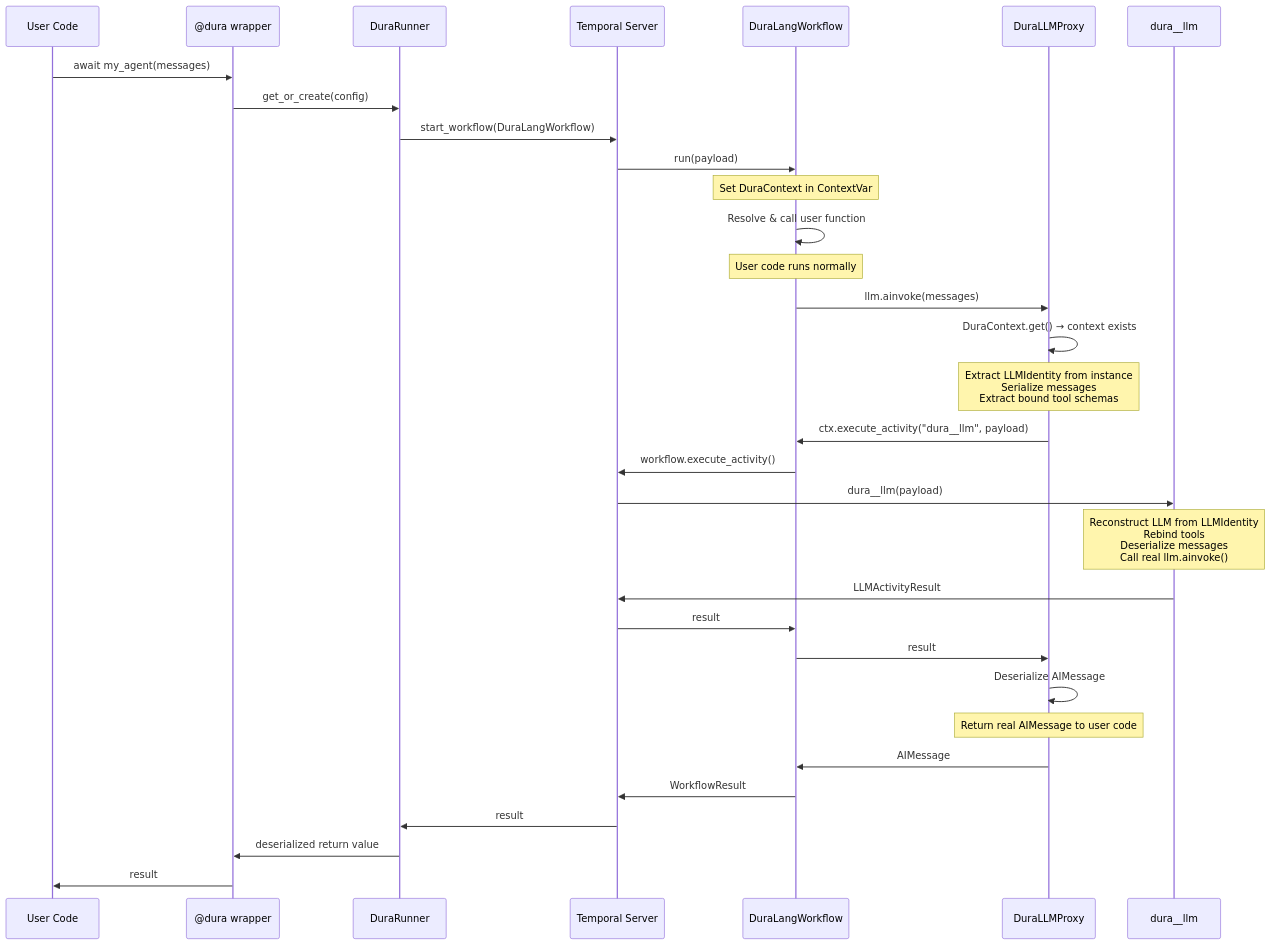
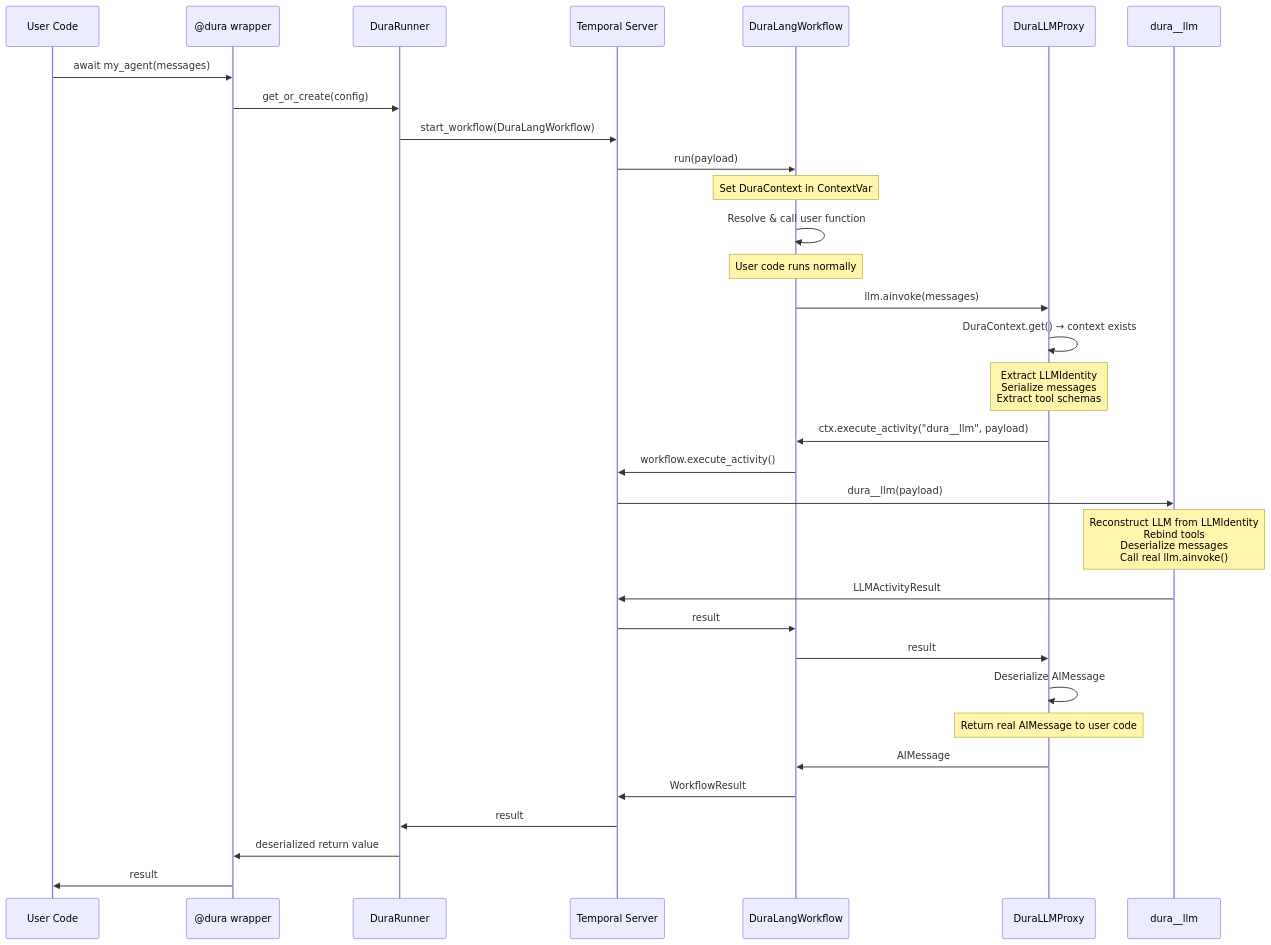
Before and after one commit to deepansh-saxena/DuraLang: the second of 8 diagrams in docs/architecture.md, drawn with Mermaid. The commit also changed other lines of this file and 14 other files, not shown here.

````diff
--- a/docs/architecture.md
+++ b/docs/architecture.md
@@ -68,45 +72,45 @@
 ```mermaid
 sequenceDiagram
     participant User as User Code
     participant Decorator as @dura wrapper
     participant Runner as DuraRunner
     participant Temporal as Temporal Server
     participant Workflow as DuraLangWorkflow
     participant Proxy as DuraLLMProxy
     participant Activity as dura__llm
 
     User->>Decorator: await my_agent(messages)
     Decorator->>Runner: get_or_create(config)
     Runner->>Temporal: start_workflow(DuraLangWorkflow)
     Temporal->>Workflow: run(payload)
 
     Note over Workflow: Set DuraContext in ContextVar
 
     Workflow->>Workflow: Resolve & call user function
 
     Note over Workflow: User code runs normally
 
     Workflow->>Proxy: llm.ainvoke(messages)
     Proxy->>Proxy: DuraContext.get() → context exists
 
-    Note over Proxy: Extract LLMIdentity from instance<br/>Serialize messages<br/>Extract bound tool schemas
+    Note over Proxy: Extract LLMIdentity<br/>Serialize messages<br/>Extract tool schemas
 
     Proxy->>Workflow: ctx.execute_activity("dura__llm", payload)
     Workflow->>Temporal: workflow.execute_activity()
     Temporal->>Activity: dura__llm(payload)
 
     Note over Activity: Reconstruct LLM from LLMIdentity<br/>Rebind tools<br/>Deserialize messages<br/>Call real llm.ainvoke()
 
     Activity->>Temporal: LLMActivityResult
     Temporal->>Workflow: result
     Workflow->>Proxy: result
     Proxy->>Proxy: Deserialize AIMessage
 
     Note over Proxy: Return real AIMessage to user code
 
     Proxy->>Workflow: AIMessage
     Workflow->>Temporal: WorkflowResult
     Temporal->>Runner: result
     Runner->>Decorator: deserialized return value
     Decorator->>User: result
 ```
````
